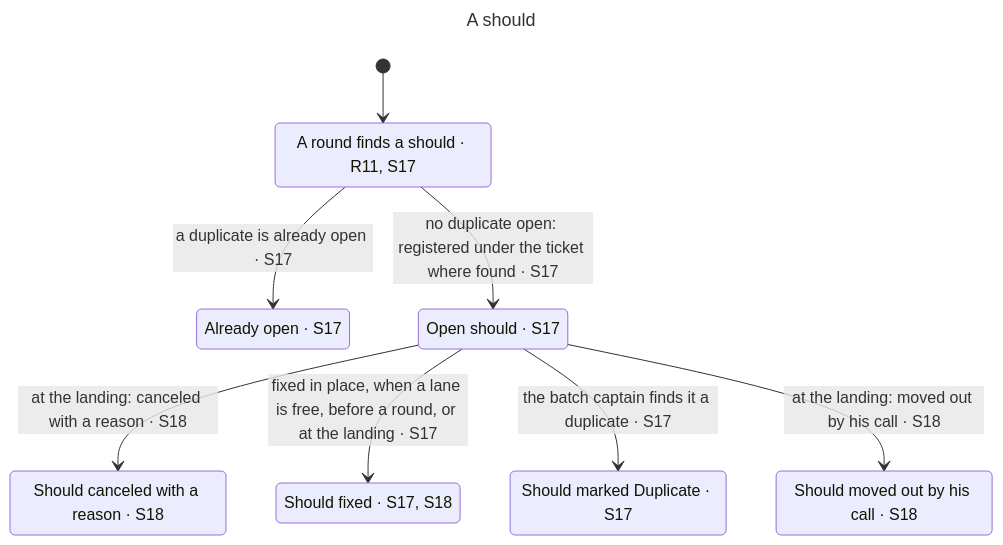
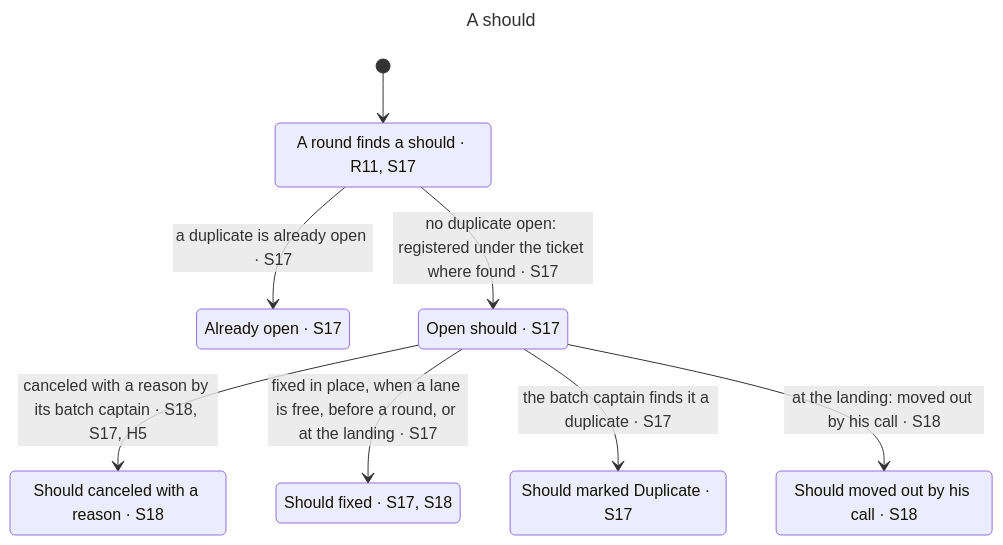
One commit to BalazsOrg/dydo changed the diagram in claims/statechart/should/chart.mmd. Above: the diagram before and after it, drawn with Mermaid. The commit also changed 7 other files, not shown here.

First line of the commit message:
DYD-1327 fix: the tribunal's exchange requirement restored on the council path, both tribunal adaptations recorded, charts re-rendered after Fix r1 (r1 B2)

```diff
--- a/claims/statechart/should/chart.mmd
+++ b/claims/statechart/should/chart.mmd
@@ -1,18 +1,18 @@
 ---
 title: "A should"
 ---
 stateDiagram-v2
   s0: A round finds a should #183; R11, S17
   s1: Already open #183; S17
   s2: Open should #183; S17
   s3: Should canceled with a reason #183; S18
   s4: Should fixed #183; S17, S18
   s5: Should marked Duplicate #183; S17
   s6: Should moved out by his call #183; S18
   [*] --> s0
   s0 --> s1: a duplicate is already open #183; S17
   s0 --> s2: no duplicate open: registered under the ticket where found #183; S17
-  s2 --> s3: at the landing: canceled with a reason #183; S18
+  s2 --> s3: canceled with a reason by its batch captain #183; S18, S17, H5
   s2 --> s4: fixed in place, when a lane is free, before a round, or at the landing #183; S17
   s2 --> s5: the batch captain finds it a duplicate #183; S17
   s2 --> s6: at the landing: moved out by his call #183; S18
```
